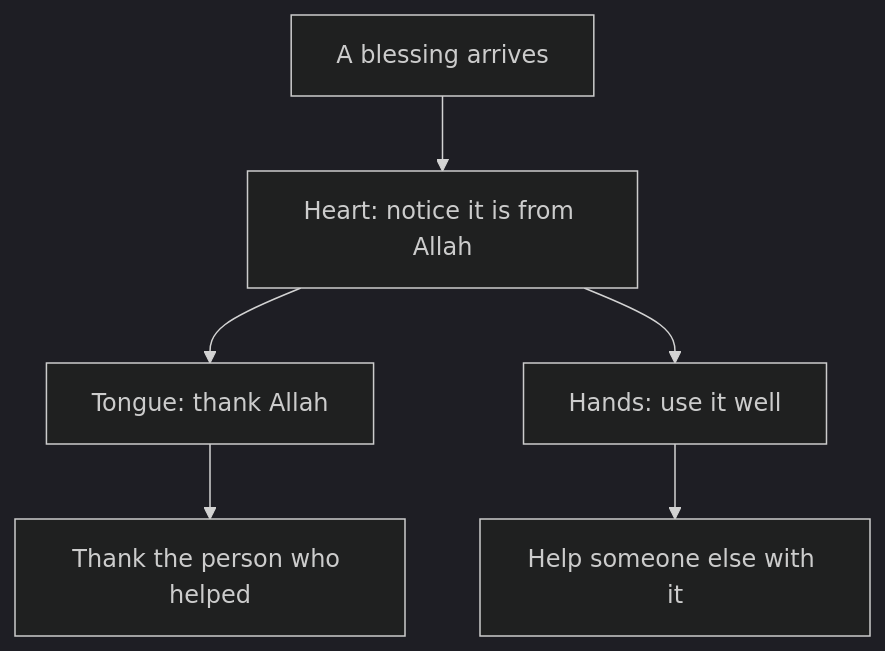
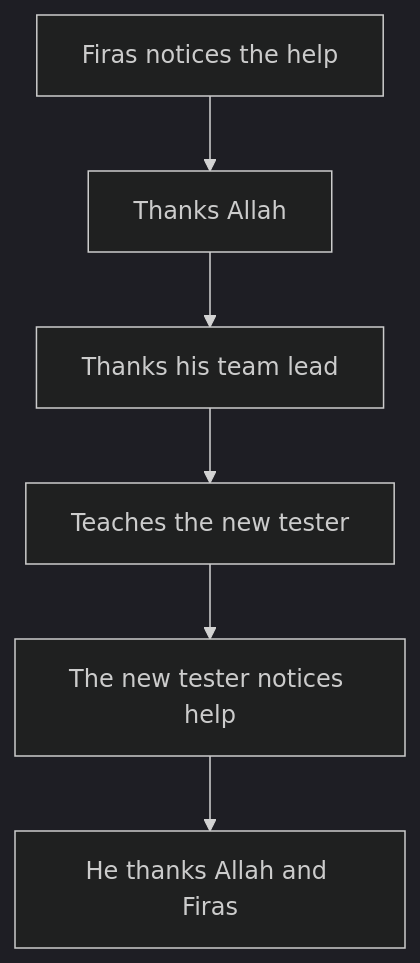
The diagram in content/import/faith-and-resilience/04-gratitude-and-hope/04.02-gratitude-you-can-practise.md (Muhammad-AnasKhan/Buildment), drawn with Mermaid (dark theme) before and after one commit. The commit also changed other lines of this file and 19 other files, not shown here.

````diff
--- a/content/import/faith-and-resilience/04-gratitude-and-hope/04.02-gratitude-you-can-practise.md
+++ b/content/import/faith-and-resilience/04-gratitude-and-hope/04.02-gratitude-you-can-practise.md
@@ -93,8 +89,8 @@
 ```mermaid
 flowchart TD
-  A["A blessing arrives"] --> B["Heart: notice it is from Allah"]
-  B --> C["Tongue: thank Allah"]
-  C --> D["Thank the person who helped"]
-  B --> E["Hands: use it well"]
-  E --> F["Help someone else with it"]
+  A["Firas notices the help"] --> B["Thanks Allah"]
+  B --> C["Thanks his team lead"]
+  C --> D["Teaches the new tester"]
+  D --> E["The new tester notices help"]
+  E --> F["He thanks Allah and Firas"]
 ```
````
